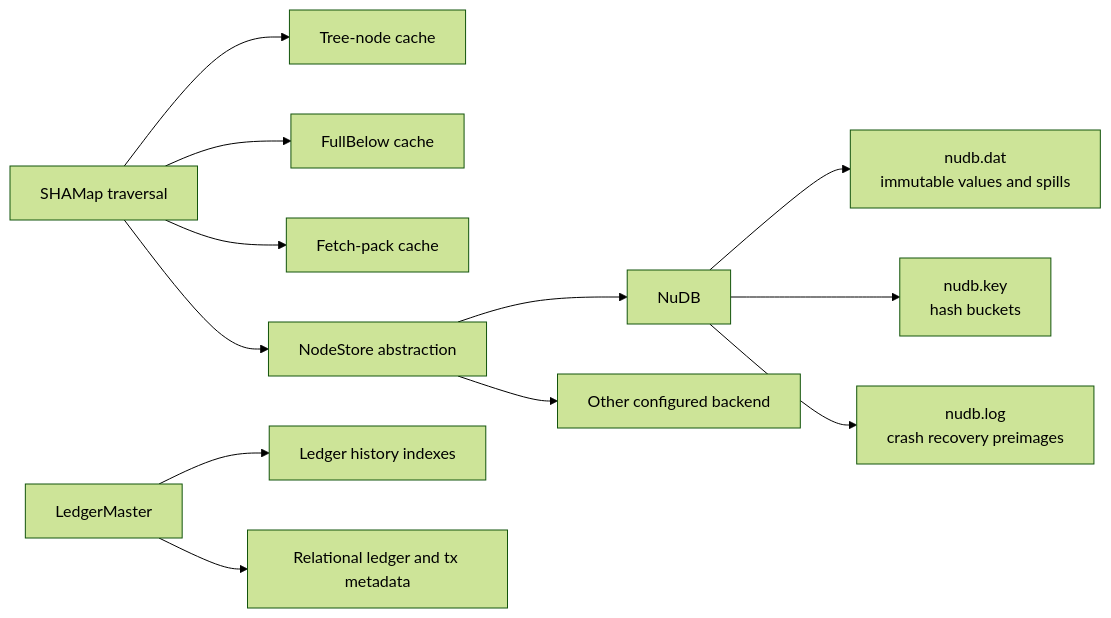
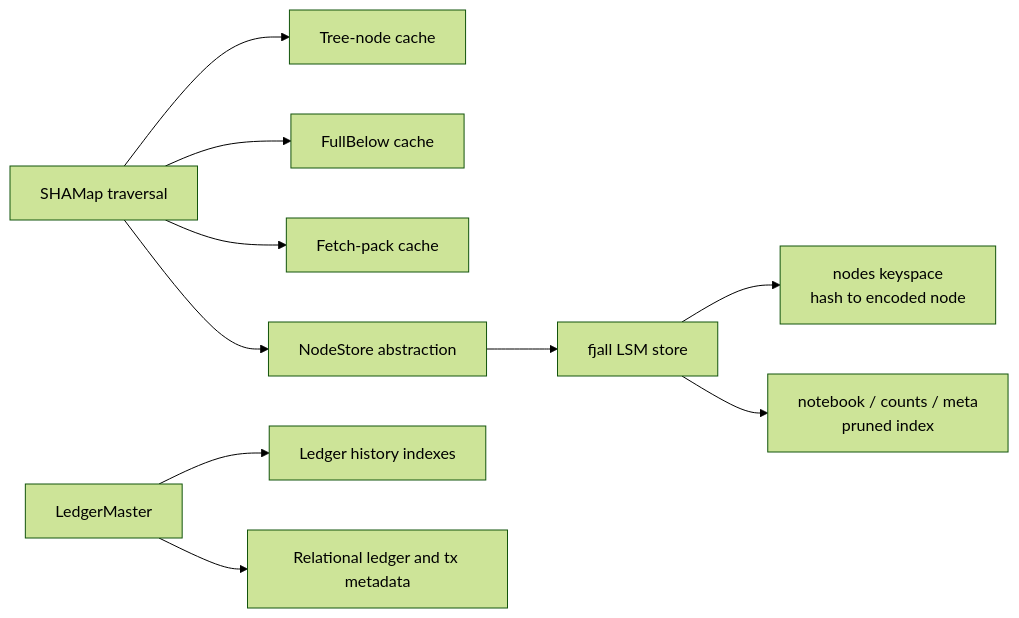
The third of 3 diagrams in docs/ARCHITECTURE.md (TusharPardhe/quaxar), drawn with Mermaid (forest theme) before and after one commit. The commit also changed other lines of this file and 171 other files, not shown here.

First line of the commit message:
feat(nodestore): fjall pruned node store + rippled Aug-Sept sync (v0.9.0)

````diff
--- a/docs/ARCHITECTURE.md
+++ b/docs/ARCHITECTURE.md
@@ -208,14 +208,12 @@
 ```mermaid
 flowchart LR
     PLAN[SHAMap traversal] --> TC[Tree-node cache]
     PLAN --> FB[FullBelow cache]
     PLAN --> FP[Fetch-pack cache]
     PLAN --> NS[NodeStore abstraction]
-    NS --> NUDB[NuDB]
-    NS --> OTHER[Other configured backend]
-    NUDB --> DATA[nudb.dat<br/>immutable values and spills]
-    NUDB --> KEY[nudb.key<br/>hash buckets]
-    NUDB --> LOG[nudb.log<br/>crash recovery preimages]
+    NS --> FJ[fjall LSM store]
+    FJ --> NODES[nodes keyspace<br/>hash to encoded node]
+    FJ --> IDX[notebook / counts / meta<br/>pruned index]
     HEAD[LedgerMaster] --> HIST[Ledger history indexes]
     HEAD --> RDB[Relational ledger and tx metadata]
 ```
````
